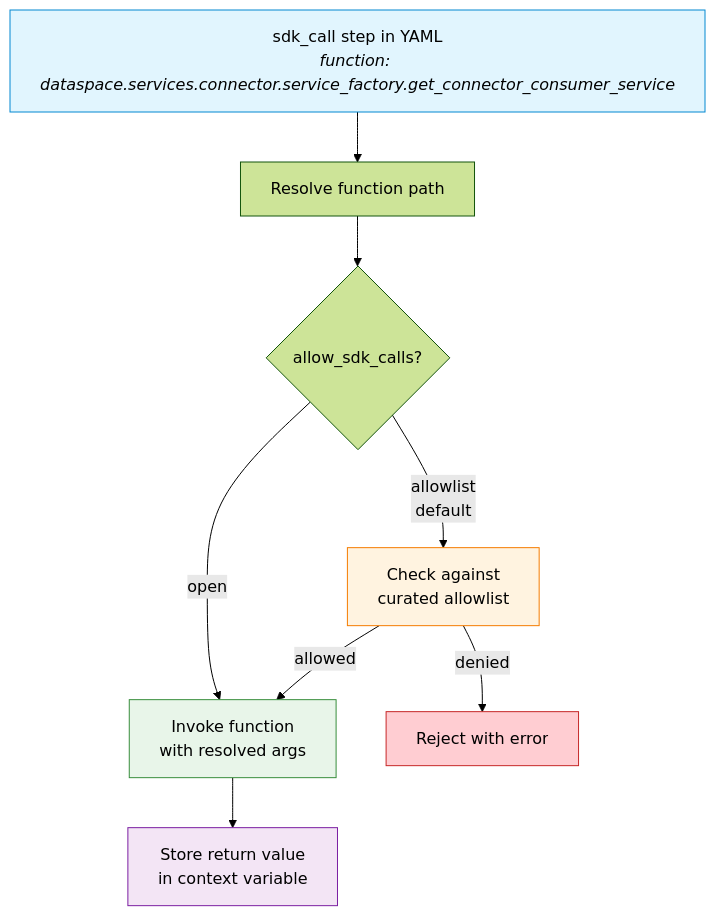
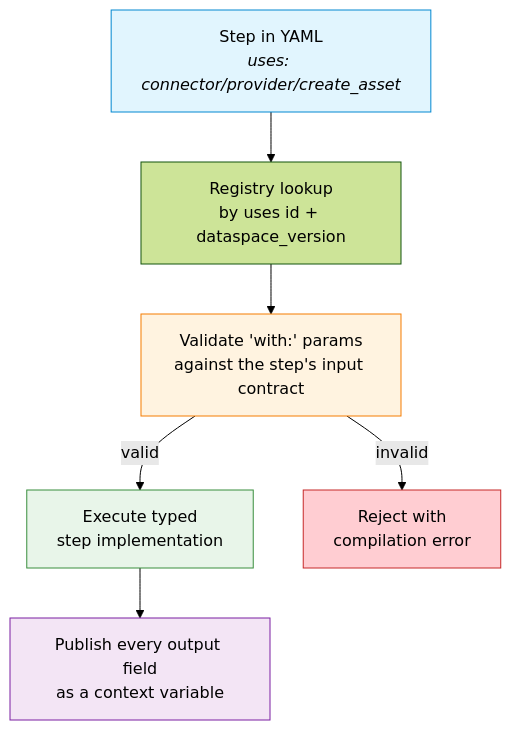
Before and after one commit to eclipse-tractusx/tractusx-testlab: the fourth of 15 diagrams in docs/specification/specification/concepts.md, drawn with Mermaid (forest theme). The commit also changed other lines of this file and 103 other files, not shown here.

````diff
--- a/docs/specification/specification/concepts.md
+++ b/docs/specification/specification/concepts.md
@@ -160,16 +160,14 @@
 ```mermaid
 flowchart TD
-    YAML["sdk_call step in YAML<br/><i>function: dataspace.services.connector.service_factory.get_connector_consumer_service</i>"] --> RESOLVE[Resolve function path]
-    RESOLVE --> MODE{allow_sdk_calls?}
-    MODE -->|allowlist<br/>default| CHECK["Check against<br/>curated allowlist"]
-    MODE -->|open| INVOKE
-    CHECK -->|allowed| INVOKE["Invoke function<br/>with resolved args"]
-    CHECK -->|denied| REJECT["Reject with error"]
-    INVOKE --> OUTPUT["Store return value<br/>in context variable"]
+    YAML["Step in YAML<br/><i>uses: connector/provider/create_asset</i>"] --> RESOLVE["Registry lookup<br/>by uses id + dataspace_version"]
+    RESOLVE --> CHECK["Validate 'with:' params<br/>against the step's input contract"]
+    CHECK -->|valid| INVOKE["Execute typed<br/>step implementation"]
+    CHECK -->|invalid| REJECT["Reject with<br/>compilation error"]
+    INVOKE --> OUTPUT["Publish every output field<br/>as a context variable"]
 
     style YAML fill:#e1f5fe,stroke:#0288d1
     style CHECK fill:#fff3e0,stroke:#f57c00
     style INVOKE fill:#e8f5e9,stroke:#388e3c
     style REJECT fill:#ffcdd2,stroke:#c62828
     style OUTPUT fill:#f3e5f5,stroke:#7b1fa2
 ```
````
